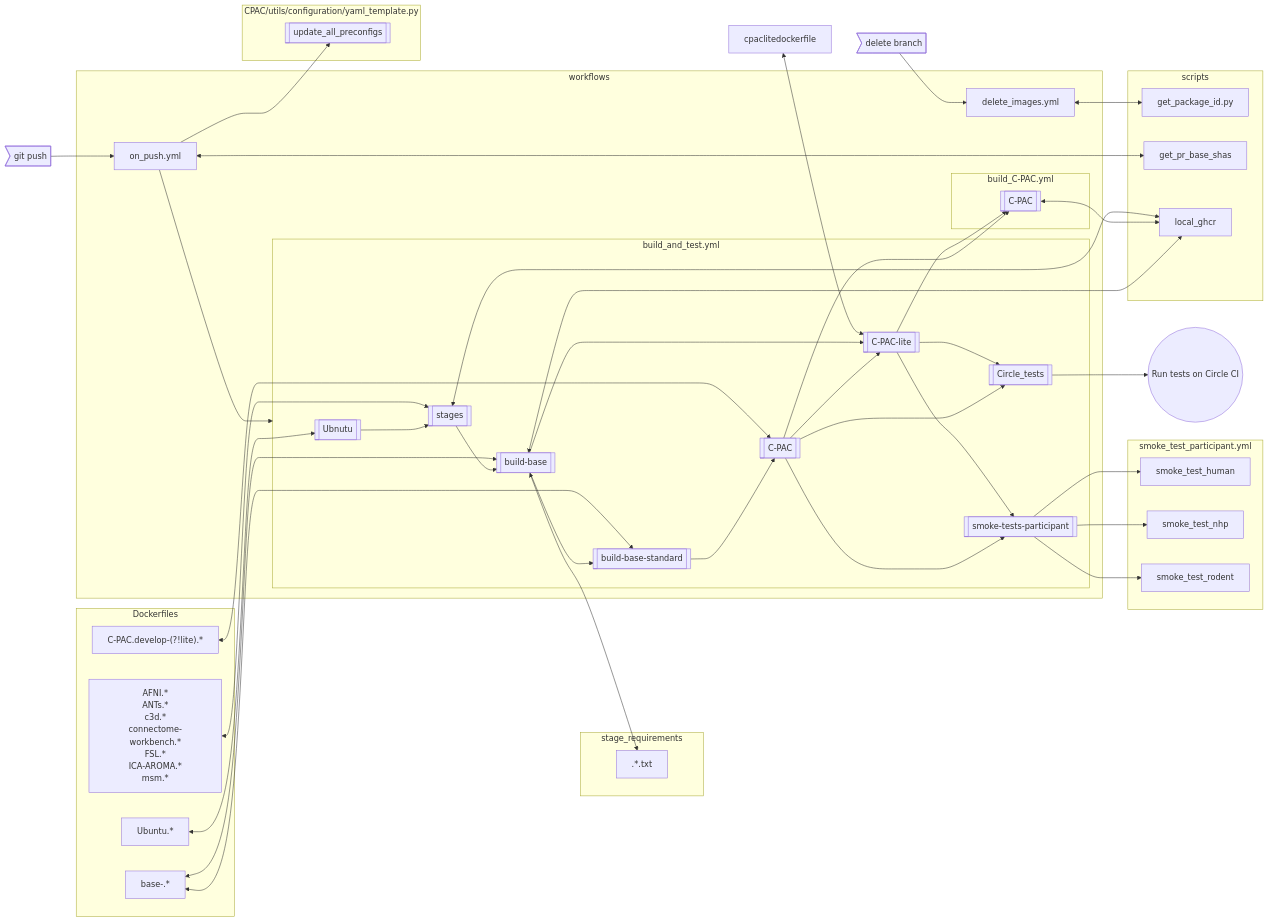
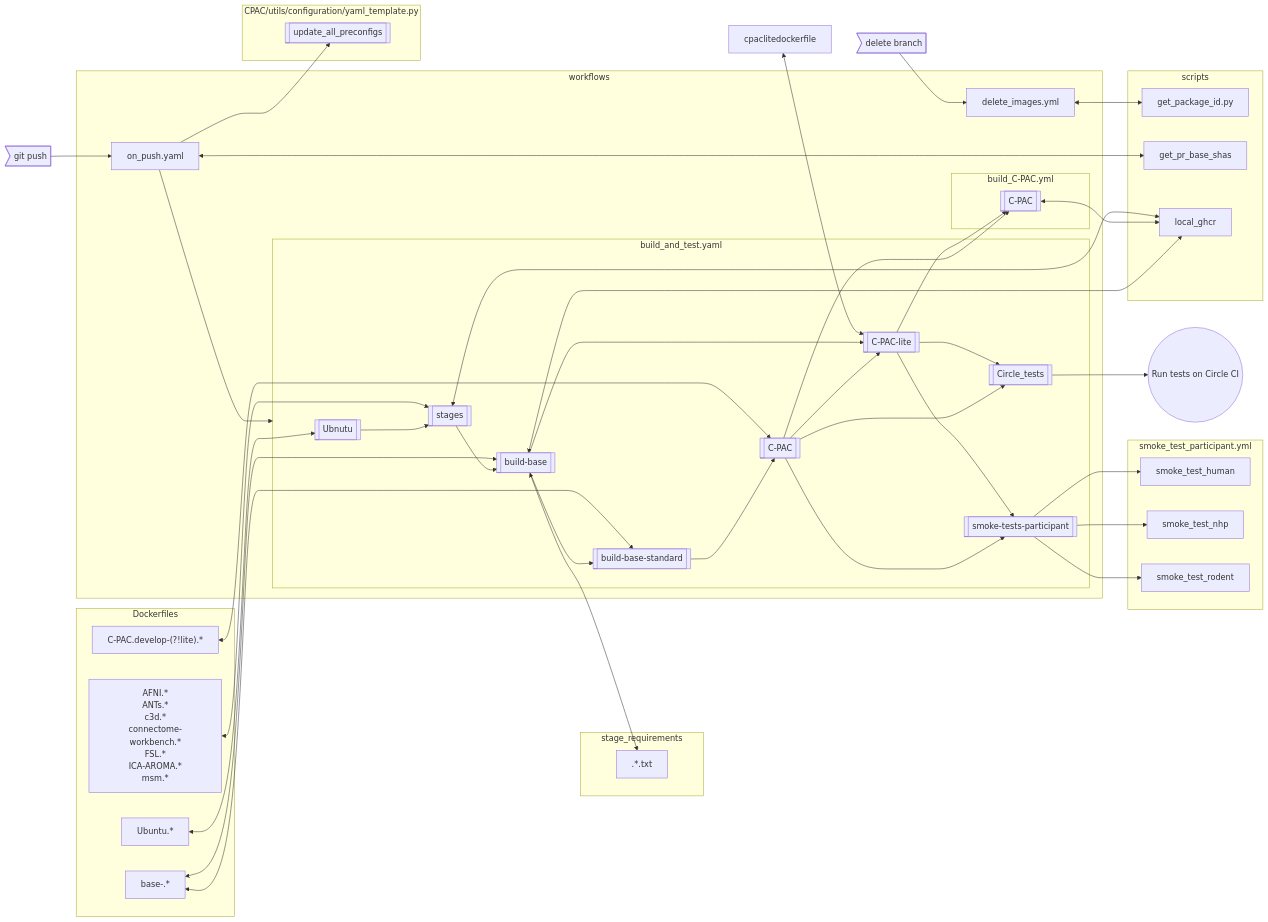
One commit to FCP-INDI/C-PAC changed the first of 2 diagrams in .github/README/README.md. Above: the diagram before and after it, drawn with Mermaid. The commit also changed 3 other files, not shown here.

First line of the commit message:
:truck: `.yml` → `.yaml`

```diff
--- a/.github/README/README.md
+++ b/.github/README/README.md
@@ -46,7 +46,7 @@
       subgraph build_C-PAC.yml
         bCPAC[[C-PAC]]
       end
-      subgraph build_and_test.yml
+      subgraph build_and_test.yaml
         ubuntu[[Ubnutu]]-->stages[[stages]]-->build-base[[build-base]]-->build-base-standard[[build-base-standard]]
 
         Circle_tests[[Circle_tests]]
@@ -65,7 +65,7 @@
         smoke-tests-participant[[smoke-tests-participant]]
       end
 
-      on_push.yml-->build_and_test.yml
+      on_push.yaml-->build_and_test.yaml
 
       delete_images.yml
     end
@@ -79,8 +79,8 @@
 
     Circle_tests-->CircleCI((Run tests on Circle CI))
 
-    on_push.yml<-->get_pr_base_shas
-    on_push.yml-->update_all_preconfigs
+    on_push.yaml<-->get_pr_base_shas
+    on_push.yaml-->update_all_preconfigs
 
     cpacdockerfiles<-->C-PAC
 
@@ -94,7 +94,7 @@
     bCPAC<-->local_ghcr
     stages<-->local_ghcr
 
-    push>git push]-->on_push.yml
+    push>git push]-->on_push.yaml
 
     smoke-tests-participant-->smoke_test_human
     smoke-tests-participant-->smoke_test_nhp
```
